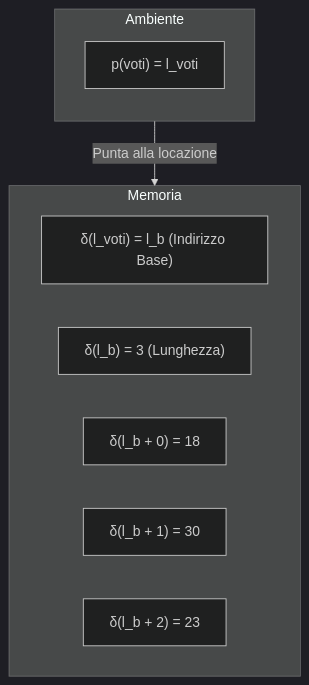
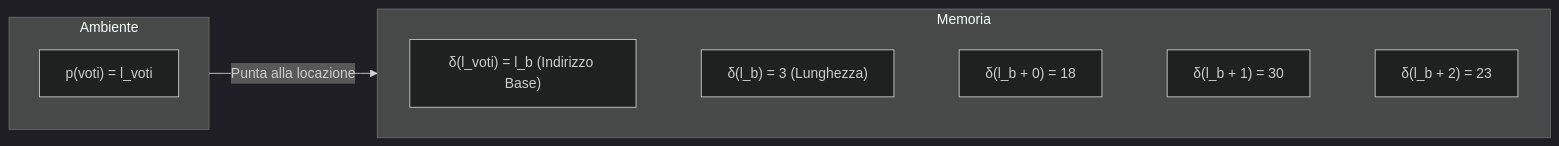
The diagram in anno_1/programmazione_e_algoritmica/2026-10-12_introduzione_agli_array.md (dennyb87/informatica-unipi), drawn with Mermaid (dark theme) before and after one commit.

Commit message:
try again

````diff
--- a/anno_1/programmazione_e_algoritmica/2026-10-12_introduzione_agli_array.md
+++ b/anno_1/programmazione_e_algoritmica/2026-10-12_introduzione_agli_array.md
@@ -33,18 +33,21 @@
 ```mermaid
-graph TD
+graph LR
     subgraph Ambiente [Ambiente]
         direction TD
         A["p(voti) = l_voti"]
     end
 
     subgraph Memoria [Memoria]
         direction LR
         B1["δ(l_voti) = l_b (Indirizzo Base)"]
         B2["δ(l_b) = 3 (Lunghezza)"]
         B3["δ(l_b + 0) = 18"]
         B4["δ(l_b + 1) = 30"]
         B5["δ(l_b + 2) = 23"]
+
+        %% Vincoli invisibili per forzare l'ordine verticale esatto
+        B1 ~~~ B2 ~~~ B3 ~~~ B4 ~~~ B5
     end
 
     A -->|Punta alla locazione| B1
 ```
````
